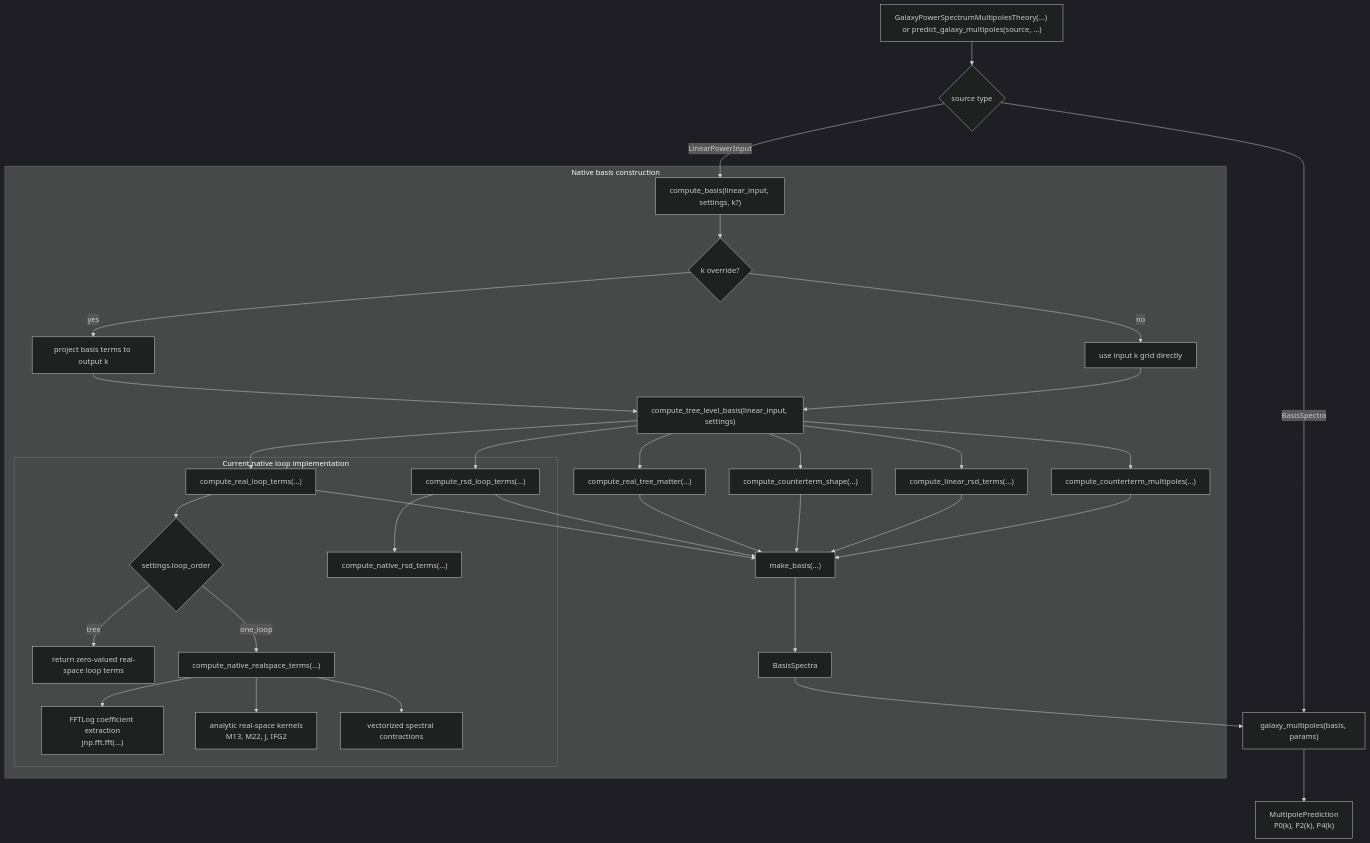
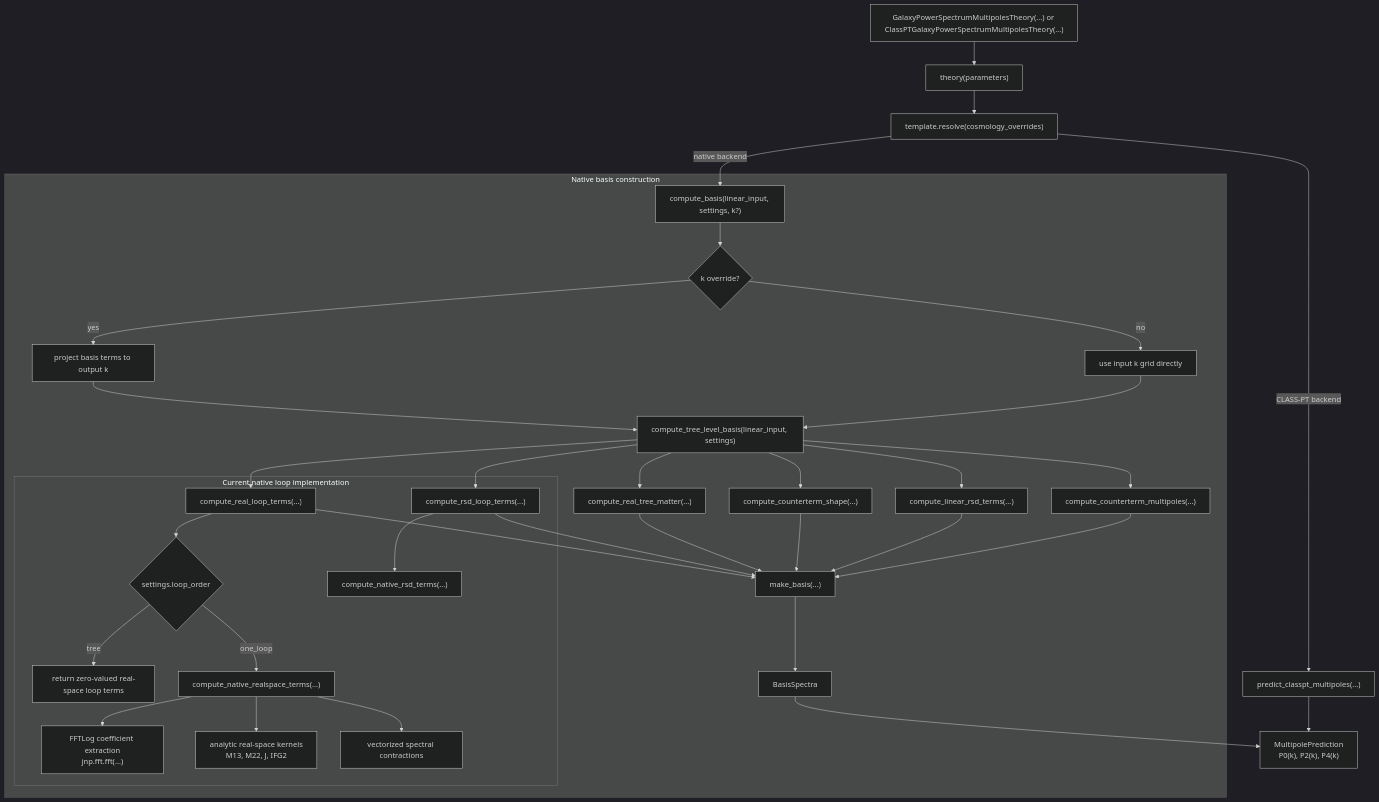
One commit to epaillas/jax-pt changed the first of 2 diagrams in docs/flow.md. Above: the diagram before and after it, drawn with Mermaid (dark theme). The commit also changed other lines of this file and 13 other files, not shown here.

````diff
--- a/docs/flow.md
+++ b/docs/flow.md
@@ -11,44 +9,43 @@
 ```mermaid
 flowchart TD
-    A["GalaxyPowerSpectrumMultipolesTheory(...) or predict_galaxy_multipoles(source, ...)"] --> B{"source type"}
-
-    B -->|"BasisSpectra"| C["galaxy_multipoles(basis, params)"]
-    B -->|"LinearPowerInput"| D["compute_basis(linear_input, settings, k?)"]
+    A["GalaxyPowerSpectrumMultipolesTheory(...) or ClassPTGalaxyPowerSpectrumMultipolesTheory(...)"] --> B["theory(parameters)"]
+    B --> C["template.resolve(cosmology_overrides)"]
+    C -->|"native backend"| D["compute_basis(linear_input, settings, k?)"]
+    C -->|"CLASS-PT backend"| J["predict_classpt_multipoles(...)"]
 
     subgraph Native["Native basis construction"]
         D --> D1{"k override?"}
         D1 -->|"yes"| D2["project basis terms to output k"]
         D1 -->|"no"| D3["use input k grid directly"]
         D2 --> F["compute_tree_level_basis(linear_input, settings, output_k)"]
         D3 --> F["compute_tree_level_basis(linear_input, settings)"]
 
         F --> F1["compute_real_tree_matter(...)"]
         F --> F2["compute_counterterm_shape(...)"]
         F --> F3["compute_real_loop_terms(...)"]
         F --> F4["compute_linear_rsd_terms(...)"]
         F --> F5["compute_counterterm_multipoles(...)"]
         F --> F6["compute_rsd_loop_terms(...)"]
 
         subgraph NativeLoops["Current native loop implementation"]
             F3 --> G0{"settings.loop_order"}
             G0 -->|"tree"| G1["return zero-valued real-space loop terms"]
             G0 -->|"one_loop"| G2["compute_native_realspace_terms(...)"]
             G2 --> G3["FFTLog coefficient extraction\njnp.fft.fft(...)"]
             G2 --> G4["analytic real-space kernels\nM13, M22, J, IFG2"]
             G2 --> G5["vectorized spectral contractions"]
             F6 --> G6["compute_native_rsd_terms(...)"]
         end
 
         F1 --> H["make_basis(...)"]
         F2 --> H
         F3 --> H
         F4 --> H
         F5 --> H
         F6 --> H
         H --> I["BasisSpectra"]
     end
 
-    I --> C
-
-    C --> K["MultipolePrediction\nP0(k), P2(k), P4(k)"]
+    I --> K["galaxy_multipoles(basis, nuisance_params)"]
+    J --> K["MultipolePrediction\nP0(k), P2(k), P4(k)"]
 ```
````
